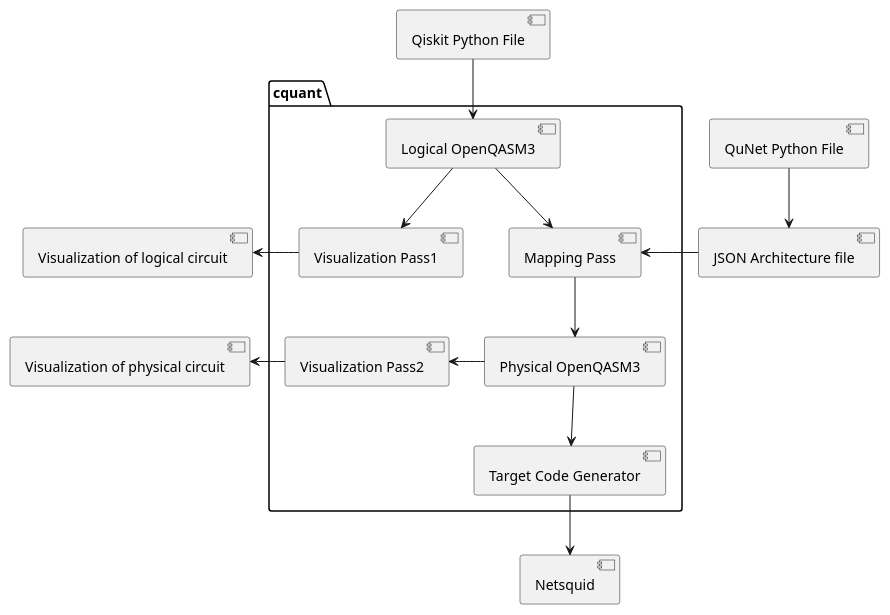
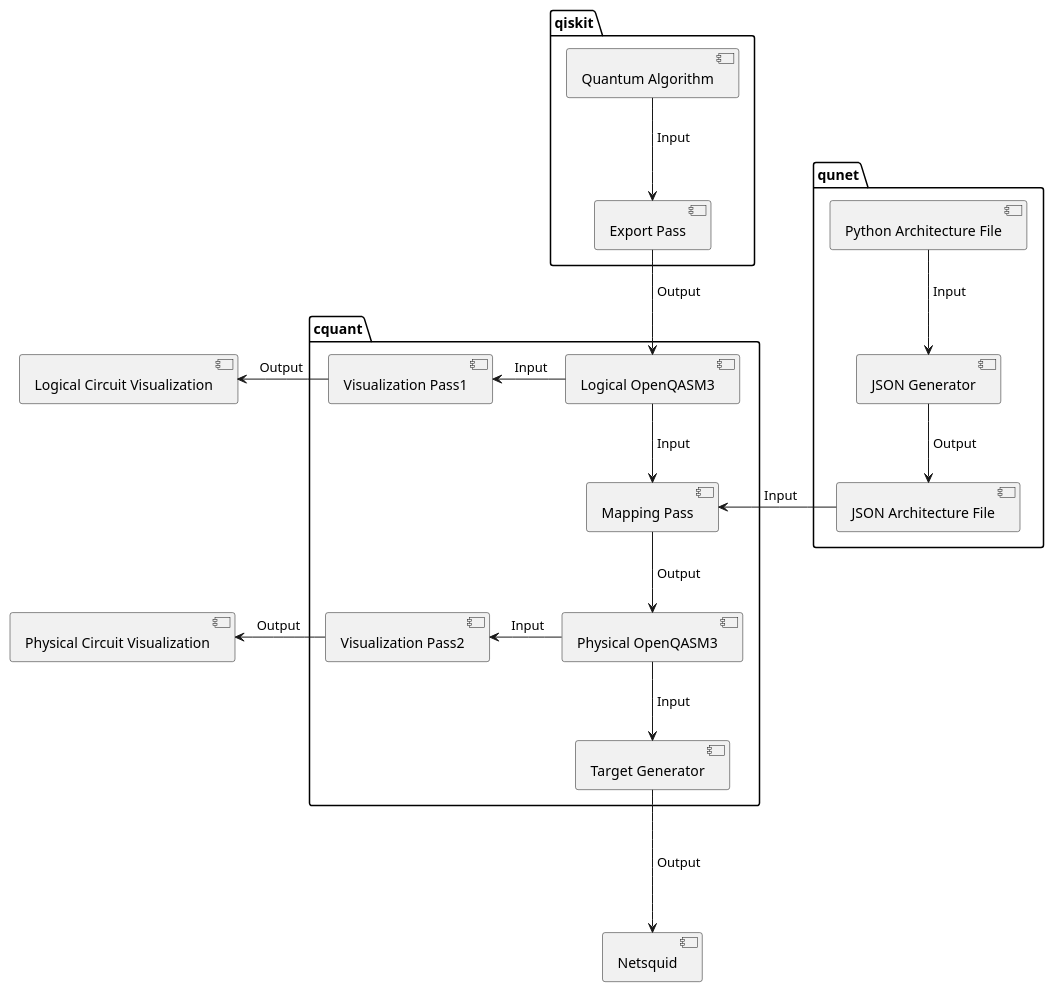
One commit to alejandrogonzalvo/cquant changed the diagram in static/framework.puml. Above: the diagram before and after it, drawn with PlantUML. The commit also changed 1 other file, not shown here.

Commit message:
update PUML diagram

```diff
--- a/static/framework.puml
+++ b/static/framework.puml
@@ -1,33 +1,43 @@
 @startuml Framework
 
-component [Qiskit Python File]
 package cquant {
     component [Logical OpenQASM3]
+    component [Physical OpenQASM3]
+    component [Mapping Pass]
     component [Visualization Pass1]
-    component [Mapping Pass]
     component [Visualization Pass2]
-    component [Target Code Generator]
-    component [Physical OpenQASM3]
+    component [Target Generator]
 }
 
-component [QuNet Python File]
-component [JSON Architecture file]
+package qunet {
+    component [Python Architecture File]
+    component [JSON Architecture File]
+    component [JSON Generator]
+}
+
+package qiskit {
+    component [Quantum Algorithm]
+    component [Export Pass]
+}
+
+component [Python Architecture File]
+component [JSON Architecture File]
 component Netsquid
-component [Visualization of logical circuit]
-component [Visualization of physical circuit]
 
 
-[Qiskit Python File] -down-> [Logical OpenQASM3]
-[Logical OpenQASM3] -down-> [Visualization Pass1]
-[Visualization Pass1] -left-> [Visualization of logical circuit]
-[Logical OpenQASM3] -down-> [Mapping Pass]
-[Mapping Pass] -down-> [Physical OpenQASM3]
-[Physical OpenQASM3] -left-> [Visualization Pass2]
-[Visualization Pass2] -left-> [Visualization of physical circuit]
-[QuNet Python File] -down-> [JSON Architecture file]
-[JSON Architecture file] -left-> [Mapping Pass]
-[Physical OpenQASM3] -down-> [Target Code Generator]
-[Target Code Generator] -down-> Netsquid
+[Quantum Algorithm] -down-> [Export Pass] : " Input"
+[Export Pass] -down-> [Logical OpenQASM3] : " Output"
+[Logical OpenQASM3] -left-> [Visualization Pass1] : " Input"
+[Visualization Pass1] -left-> [Logical Circuit Visualization] : " Output\t"
+[Logical OpenQASM3] -down-> [Mapping Pass] : " Input"
+[Mapping Pass] -down-> [Physical OpenQASM3] : " Output"
+[Physical OpenQASM3] -left-> [Visualization Pass2] : " Input"
+[Visualization Pass2] -left-> [Physical Circuit Visualization] : " Output\t"
+[Python Architecture File] -down-> [JSON Generator] : " Input"
+[JSON Generator] -down-> [JSON Architecture File] : " Output"
+[JSON Architecture File] -left-> [Mapping Pass] : "\tInput\t"
+[Physical OpenQASM3] -down-> [Target Generator] : " Input"
+[Target Generator] -down--> Netsquid : " Output"
 
 
 @enduml
```
